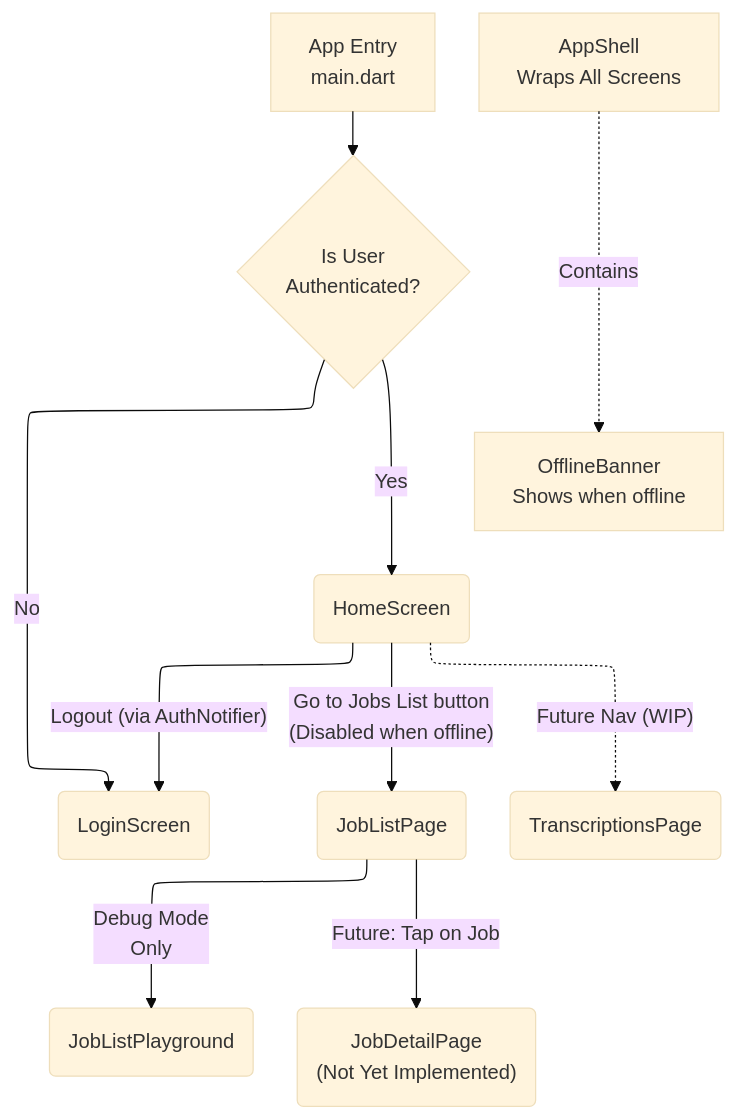
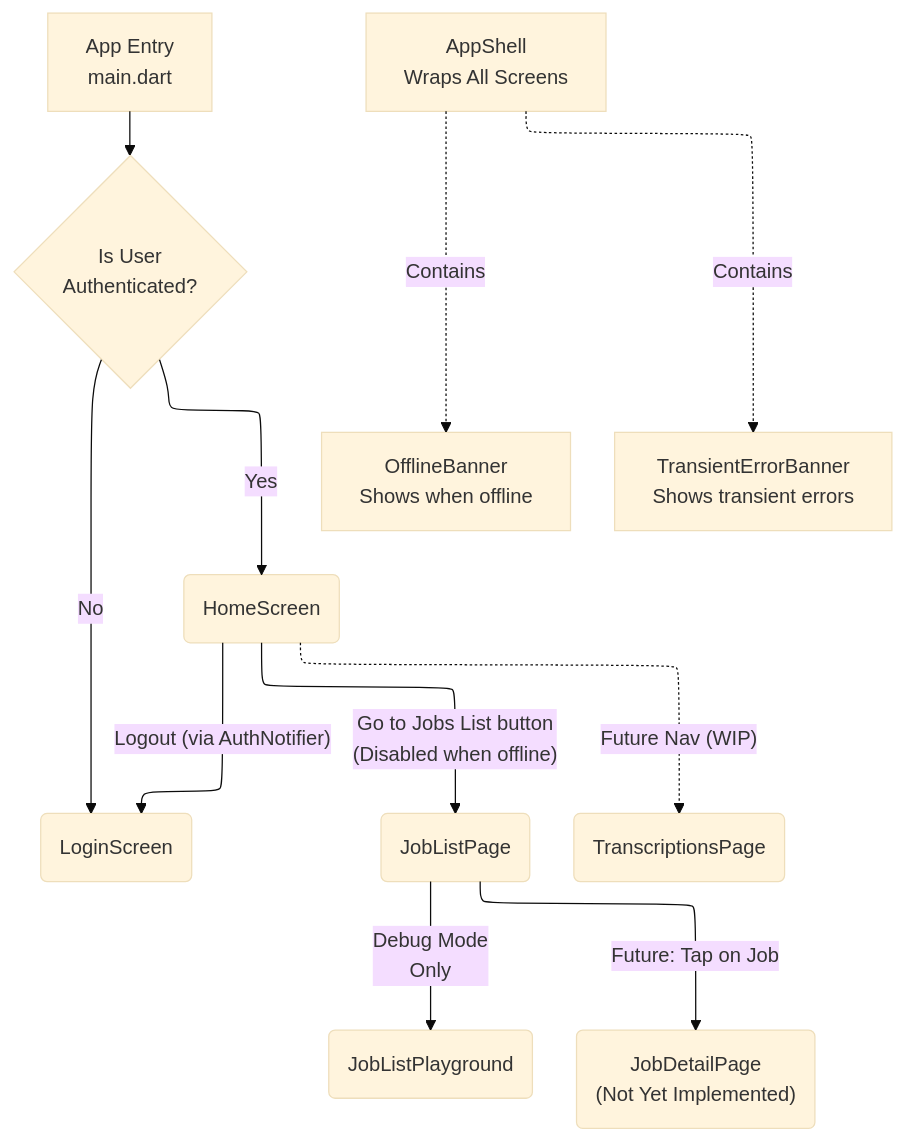
The first of 2 diagrams in docs/current/ui-screens-overview.md (MediScribe/docjet-mobile), drawn with Mermaid (base theme) before and after one commit. The commit also changed other lines of this file and 4 other files, not shown here.

First line of the commit message:
docs: Add TransientError banner architecture

````diff
--- a/docs/current/ui-screens-overview.md
+++ b/docs/current/ui-screens-overview.md
@@ -7,24 +7,25 @@
 ```mermaid
 %%{init: {'flowchart': {'defaultRenderer': 'elk'}}}%%
 graph TD
     %% Main App Entry Point
     MainApp[App Entry<br>main.dart] --> AuthCheck{Is User<br>Authenticated?}
     
     %% Authentication Flow
     AuthCheck -->|No| LoginScreen(LoginScreen)
     AuthCheck -->|Yes| HomeScreen(HomeScreen)
     
     %% Normal Navigation Paths
     HomeScreen -->|"Logout (via AuthNotifier)"| LoginScreen
     HomeScreen -->|"Go to Jobs List button<br>(Disabled when offline)"| JobListPage(JobListPage)
     
     %% Jobs Feature Navigation
     JobListPage -->|"Debug Mode<br>Only"| JobListPlayground(JobListPlayground)
     JobListPage -->|"Future: Tap on Job"| JobDetailPage("JobDetailPage<br>(Not Yet Implemented)")
     
     %% Planned Future Navigation (WIP)
     HomeScreen -.->|"Future Nav (WIP)"| TranscriptionsPage(TranscriptionsPage)
     
     %% Global UI Components
     AppShell[AppShell<br>Wraps All Screens] -.->|"Contains"| OfflineBanner[OfflineBanner<br>Shows when offline]
+    AppShell -.->|"Contains"| TransientErrorBanner[TransientErrorBanner<br>Shows transient errors]
 ```
````
